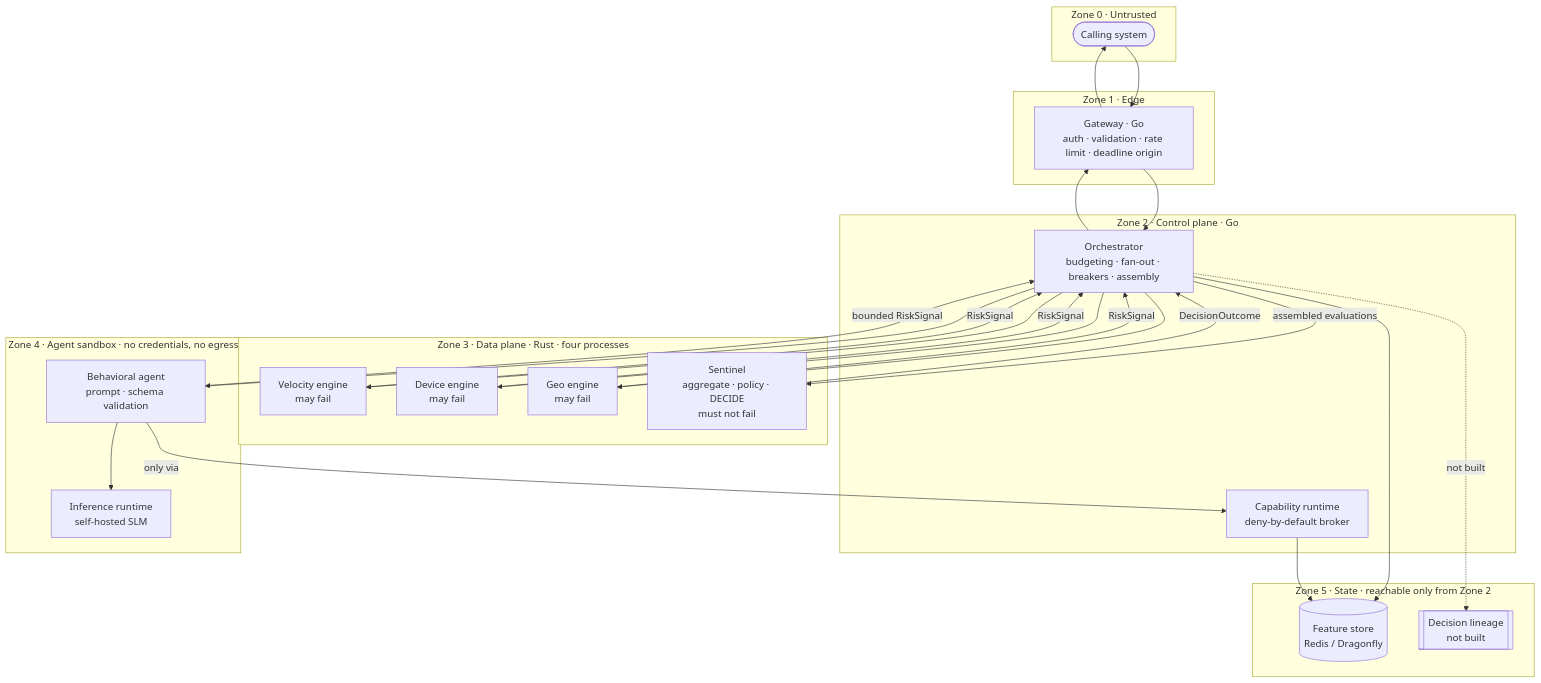
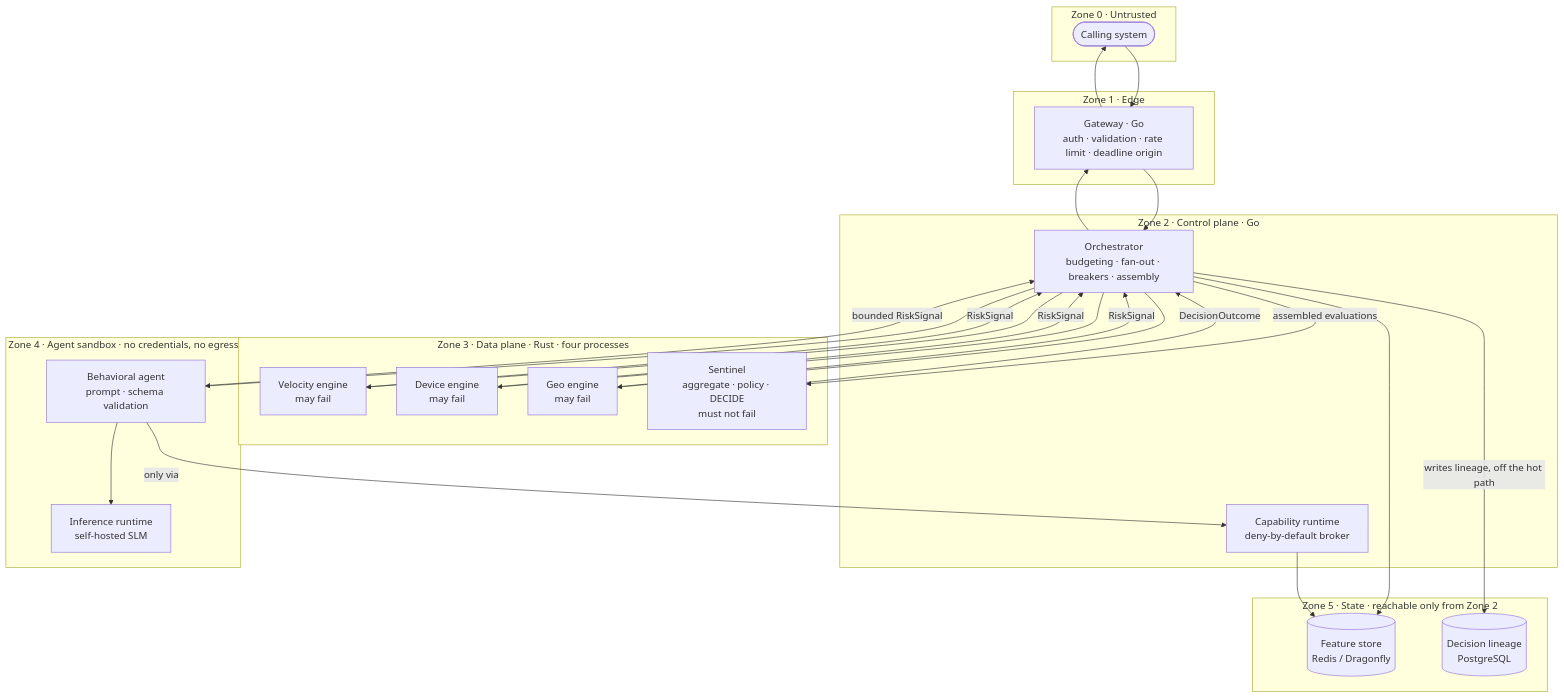
The diagram in docs/architecture.md (atesoglu/legion), drawn with Mermaid before and after one commit. The commit also changed other lines of this file and 12 other files, not shown here.

````diff
--- a/docs/architecture.md
+++ b/docs/architecture.md
@@ -51,46 +51,46 @@
 ```mermaid
 flowchart TD
     subgraph z0[Zone 0 · Untrusted]
         client([Calling system])
     end
 
     subgraph edge[Zone 1 · Edge]
         gw[Gateway · Go<br/>auth · validation · rate limit · deadline origin]
     end
 
     subgraph control[Zone 2 · Control plane · Go]
         orch[Orchestrator<br/>budgeting · fan-out · breakers · assembly]
         cap[Capability runtime<br/>deny-by-default broker]
     end
 
     subgraph data[Zone 3 · Data plane · Rust · four processes]
         vel[Velocity engine<br/>may fail]
         dev[Device engine<br/>may fail]
         geo[Geo engine<br/>may fail]
         core[Sentinel<br/>aggregate · policy · DECIDE<br/>must not fail]
     end
 
     subgraph ai[Zone 4 · Agent sandbox · no credentials, no egress]
         beh[Behavioral agent<br/>prompt · schema validation]
         slm[Inference runtime<br/>self-hosted SLM]
     end
 
     subgraph state[Zone 5 · State · reachable only from Zone 2]
         fs[(Feature store<br/>Redis / Dragonfly)]
-        lin[[Decision lineage<br/>not built]]
+        lin[(Decision lineage<br/>PostgreSQL)]
     end
 
     client --> gw --> orch
     orch --> fs
     orch --> vel & dev & geo
     orch --> beh
     beh -->|only via| cap
     cap --> fs
     beh --> slm
     vel & dev & geo -->|RiskSignal| orch
     beh -->|bounded RiskSignal| orch
     orch -->|assembled evaluations| core
     core -->|DecisionOutcome| orch
     orch --> gw --> client
-    orch -.->|not built| lin
+    orch -->|writes lineage, off the hot path| lin
 ```
````
